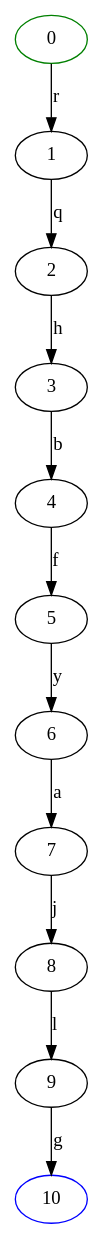
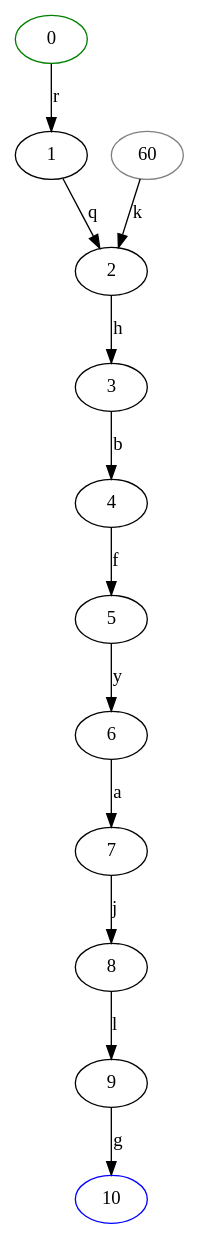
The diagram in THL/automate.dot (Failalihaytam/ensa), drawn with Graphviz before and after one commit. The commit also changed 2 other files, not shown here.

```diff
--- a/THL/automate.dot
+++ b/THL/automate.dot
@@ -1,14 +1,16 @@
 digraph automate{
 0 -> 1 [label=r];
+60 -> 2 [label=k];
 1 -> 2 [label=q];
 2 -> 3 [label=h];
 3 -> 4 [label=b];
 4 -> 5 [label=f];
 5 -> 6 [label=y];
 6 -> 7 [label=a];
 7 -> 8 [label=j];
 8 -> 9 [label=l];
 9 -> 10 [label=g];
 0 [color=green];
 10 [color=blue];
+60 [color=grey];
 }
```
